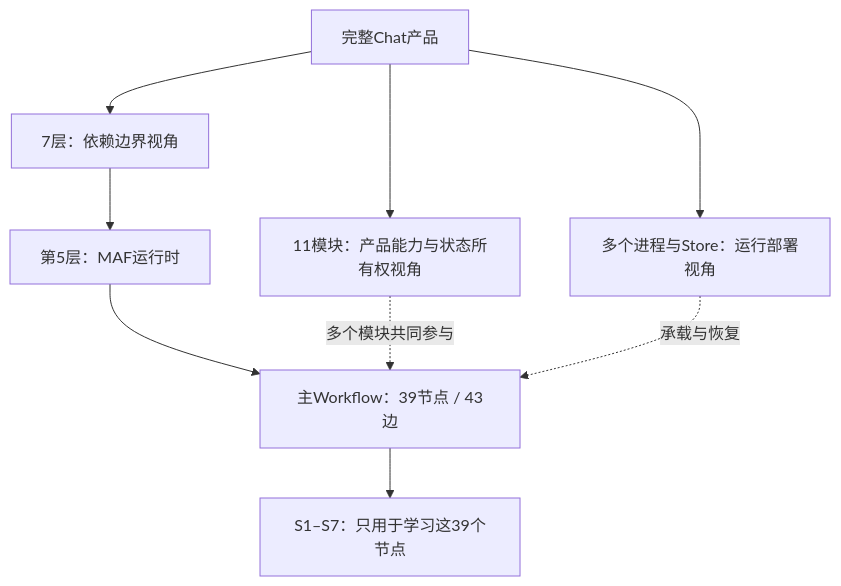
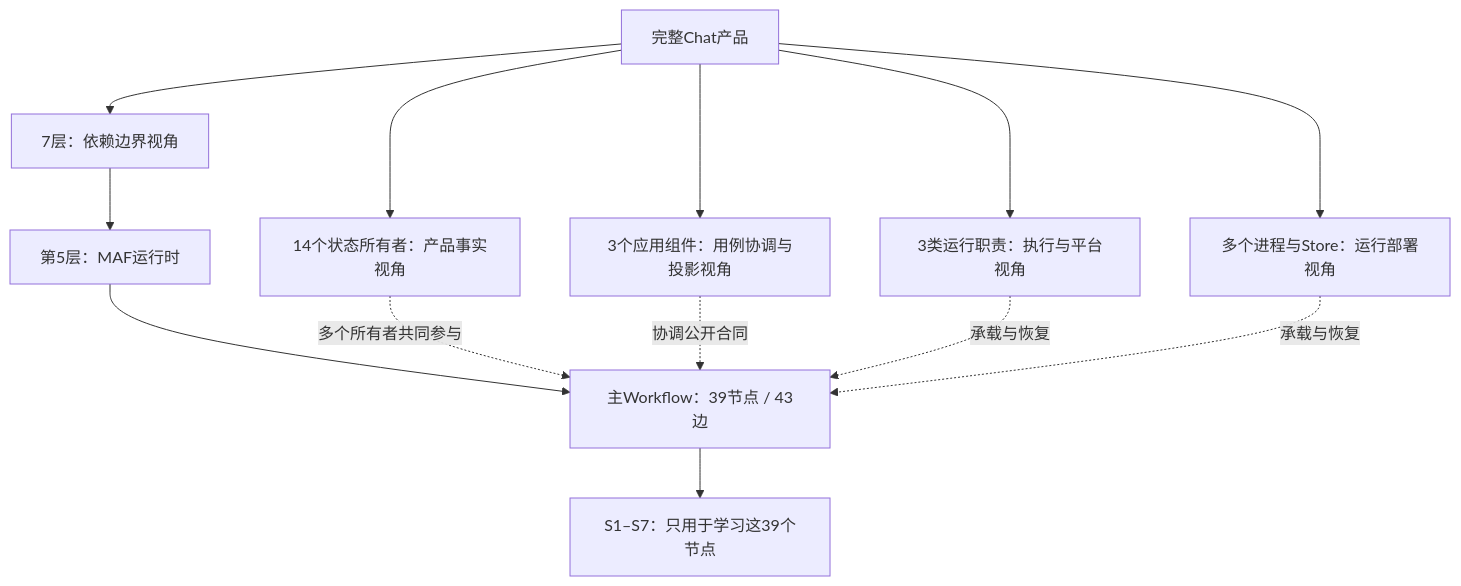
Before and after one commit to later-3/Chat: the second of 10 diagrams in 项目掌握/架构与模块/Chat总体架构与一次点击的七层链路.md, drawn with Mermaid. The commit also changed other lines of this file and 70 other files, not shown here.

````diff
--- a/项目掌握/架构与模块/Chat总体架构与一次点击的七层链路.md
+++ b/项目掌握/架构与模块/Chat总体架构与一次点击的七层链路.md
@@ -121,12 +123,16 @@
 ```mermaid
 flowchart TB
     SYS["完整Chat产品"]
     SYS --> L["7层：依赖边界视角"]
-    SYS --> M["11模块：产品能力与状态所有权视角"]
+    SYS --> M["14个状态所有者：产品事实视角"]
+    SYS --> A["3个应用组件：用例协调与投影视角"]
+    SYS --> R["3类运行职责：执行与平台视角"]
     SYS --> P["多个进程与Store：运行部署视角"]
     L5["第5层：MAF运行时"] --> WF["主Workflow：39节点 / 43边"]
     WF --> S["S1–S7：只用于学习这39个节点"]
     L --> L5
-    M -. "多个模块共同参与" .-> WF
+    M -. "多个所有者共同参与" .-> WF
+    A -. "协调公开合同" .-> WF
+    R -. "承载与恢复" .-> WF
     P -. "承载与恢复" .-> WF
 ```
````
